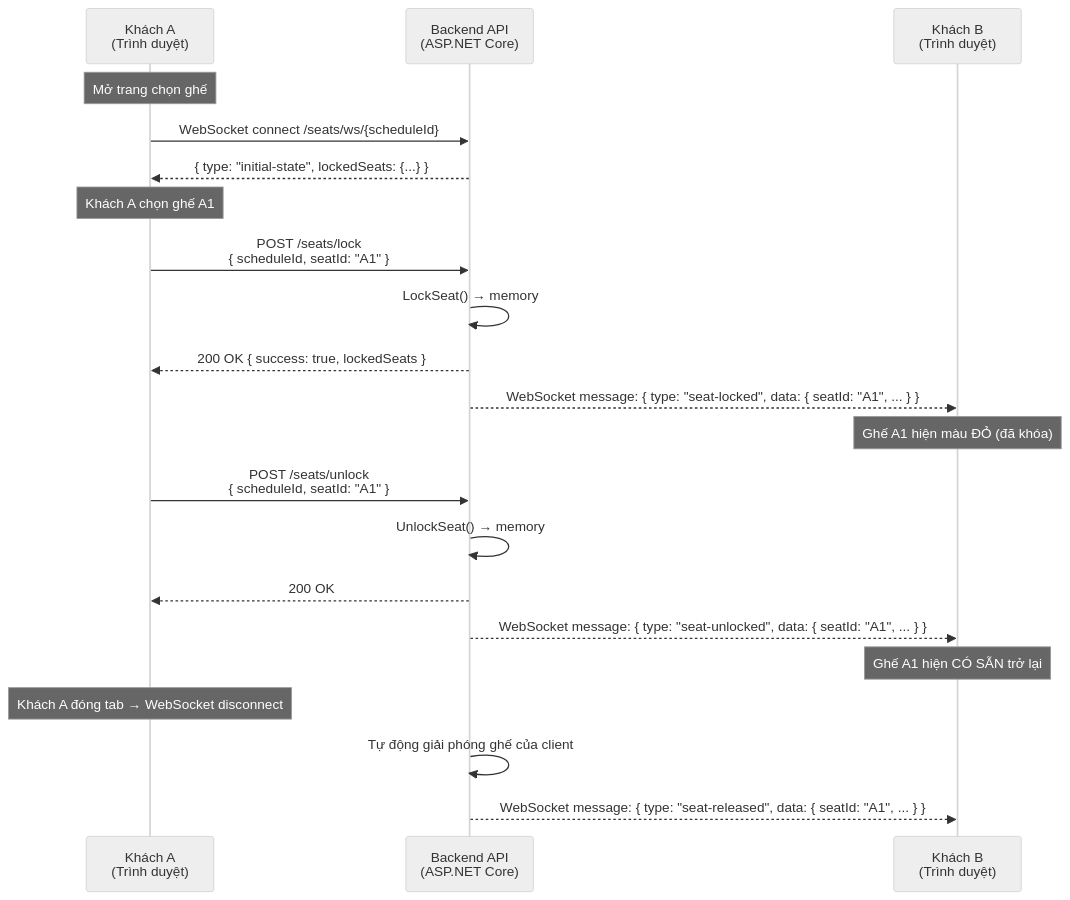
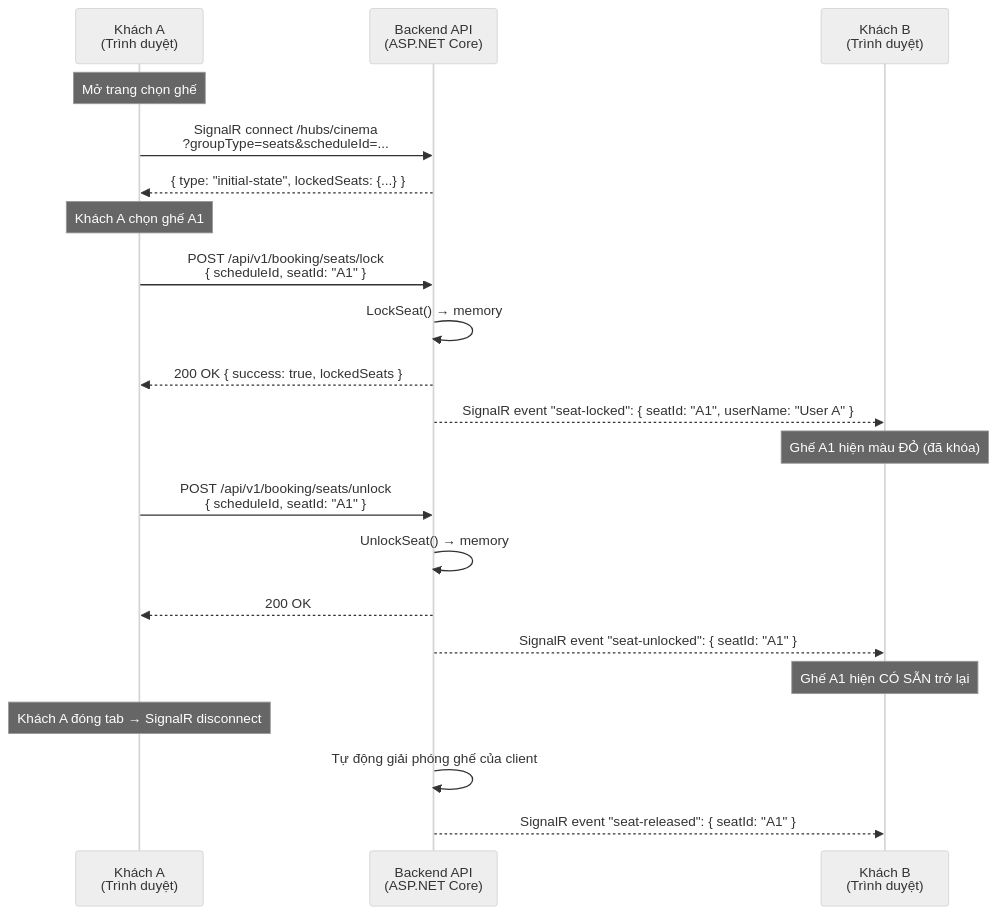
The diagram in docs/algorithms/vi/seat-locking.md (duc19092005/galaxiad-cinema-core), drawn with Mermaid (neutral theme) before and after one commit. The commit also changed other lines of this file and 21 other files, not shown here.

Commit message:
Renew : Renew the embedding tracking flow and refactor the chatbot UI UX and add intent tool for trending movies incase user ask

````diff
--- a/docs/algorithms/vi/seat-locking.md
+++ b/docs/algorithms/vi/seat-locking.md
@@ -37,31 +44,31 @@
 ```mermaid
 sequenceDiagram
     participant A as Khách A<br/>(Trình duyệt)
     participant Server as Backend API<br/>(ASP.NET Core)
     participant B as Khách B<br/>(Trình duyệt)
 
     Note over A: Mở trang chọn ghế
 
-    A->>Server: WebSocket connect /seats/ws/{scheduleId}
+    A->>Server: SignalR connect /hubs/cinema<br/>?groupType=seats&scheduleId=...
     Server-->>A: { type: "initial-state", lockedSeats: {...} }
     
     Note over A: Khách A chọn ghế A1
 
-    A->>Server: POST /seats/lock<br/>{ scheduleId, seatId: "A1" }
+    A->>Server: POST /api/v1/booking/seats/lock<br/>{ scheduleId, seatId: "A1" }
     Server->>Server: LockSeat() → memory
     Server-->>A: 200 OK { success: true, lockedSeats }
-    Server-->>B: WebSocket message: { type: "seat-locked", data: { seatId: "A1", ... } }
+    Server-->>B: SignalR event "seat-locked": { seatId: "A1", userName: "User A" }
     
     Note over B: Ghế A1 hiện màu ĐỎ (đã khóa)
 
-    A->>Server: POST /seats/unlock<br/>{ scheduleId, seatId: "A1" }
+    A->>Server: POST /api/v1/booking/seats/unlock<br/>{ scheduleId, seatId: "A1" }
     Server->>Server: UnlockSeat() → memory
     Server-->>A: 200 OK
-    Server-->>B: WebSocket message: { type: "seat-unlocked", data: { seatId: "A1", ... } }
+    Server-->>B: SignalR event "seat-unlocked": { seatId: "A1" }
     
     Note over B: Ghế A1 hiện CÓ SẴN trở lại
     
-    Note over A: Khách A đóng tab → WebSocket disconnect
+    Note over A: Khách A đóng tab → SignalR disconnect
     Server->>Server: Tự động giải phóng ghế của client
-    Server-->>B: WebSocket message: { type: "seat-released", data: { seatId: "A1", ... } }
+    Server-->>B: SignalR event "seat-released": { seatId: "A1" }
 ```
````
